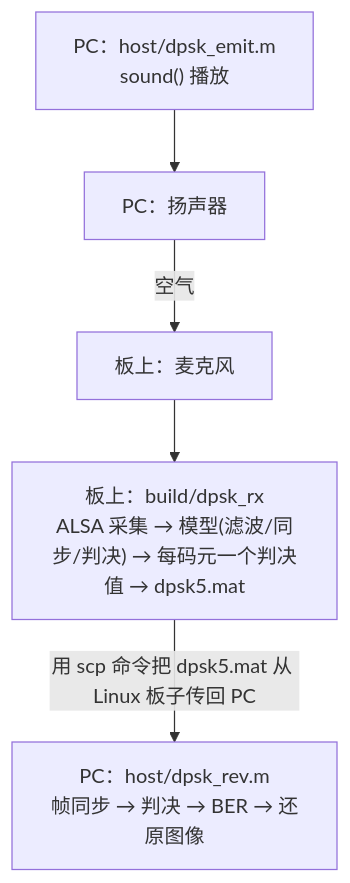
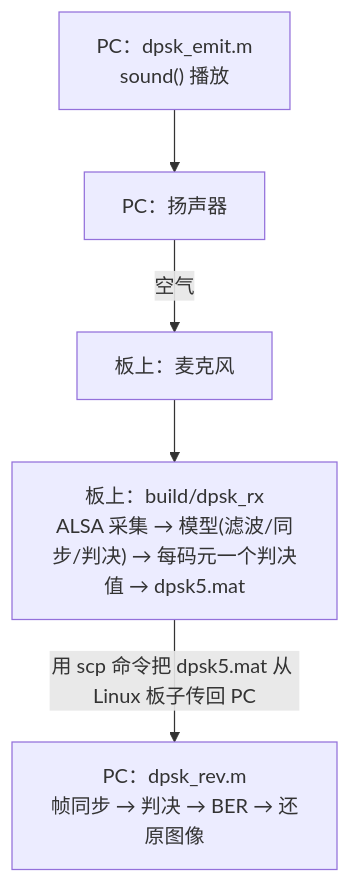
The second of 2 diagrams in documents/实验二_DPSK.md (padhialuo0426/portable-acoustic-sdr), drawn with Mermaid before and after one commit. The commit also changed other lines of this file and 100 other files, not shown here.

````diff
--- a/documents/实验二_DPSK.md
+++ b/documents/实验二_DPSK.md
@@ -33,11 +33,11 @@
 ```mermaid
 flowchart TD
-    emit["PC：host/dpsk_emit.m<br/>sound() 播放"]
+    emit["PC：dpsk_emit.m<br/>sound() 播放"]
     spk["PC：扬声器"]
     mic["板上：麦克风"]
     rx["板上：build/dpsk_rx<br/>ALSA 采集 → 模型(滤波/同步/判决) → 每码元一个判决值 → dpsk5.mat"]
-    dec["PC：host/dpsk_rev.m<br/>帧同步 → 判决 → BER → 还原图像"]
+    dec["PC：dpsk_rev.m<br/>帧同步 → 判决 → BER → 还原图像"]
 
     emit --> spk -->|"空气"| mic --> rx
     rx -->|"用 scp 命令把 dpsk5.mat 从 Linux 板子传回 PC"| dec
 ```
````
